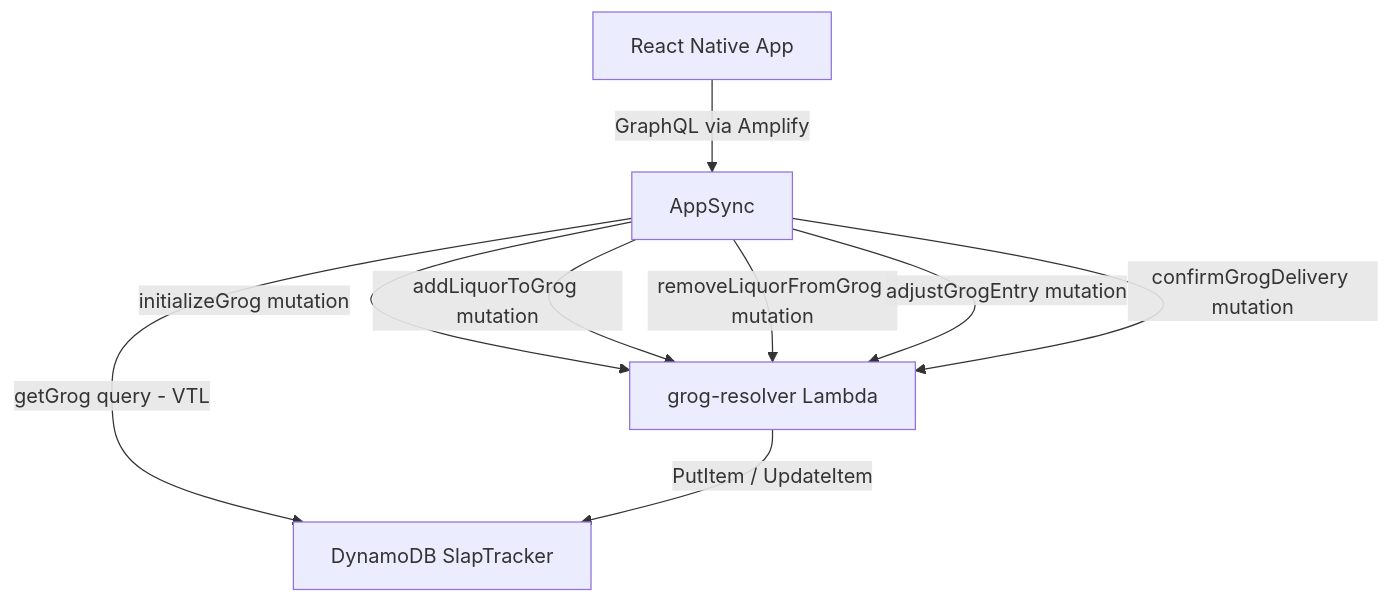
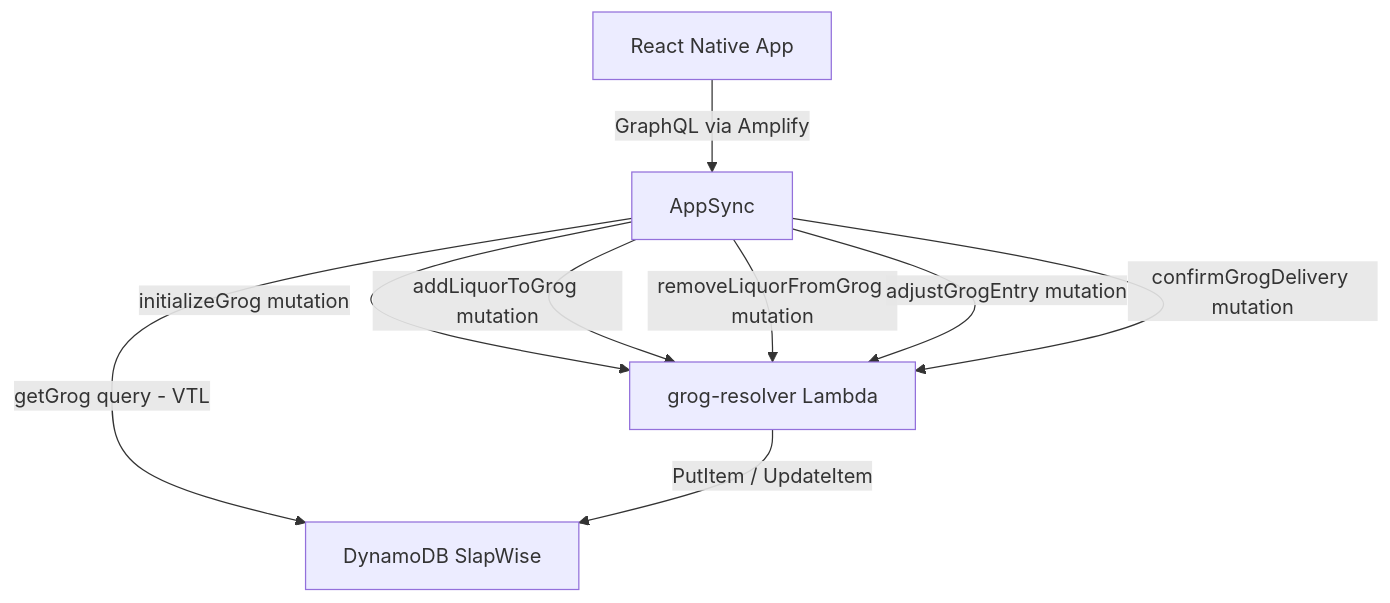
Before and after one commit to jupham/SlapWise: the diagram in .kiro/specs/infinity-grog/design.md, drawn with Mermaid. The commit also changed 15 other files, not shown here.

First line of the commit message:
Rename SlapTracker to SlapWise

````diff
--- a/.kiro/specs/infinity-grog/design.md
+++ b/.kiro/specs/infinity-grog/design.md
@@ -11,11 +11,11 @@
 ```mermaid
 graph TD
     A[React Native App] -->|GraphQL via Amplify| B[AppSync]
-    B -->|getGrog query - VTL| C[DynamoDB SlapTracker]
+    B -->|getGrog query - VTL| C[DynamoDB SlapWise]
     B -->|initializeGrog mutation| D[grog-resolver Lambda]
     B -->|addLiquorToGrog mutation| D
     B -->|removeLiquorFromGrog mutation| D
     B -->|adjustGrogEntry mutation| D
     B -->|confirmGrogDelivery mutation| D
     D -->|PutItem / UpdateItem| C
 ```
````
